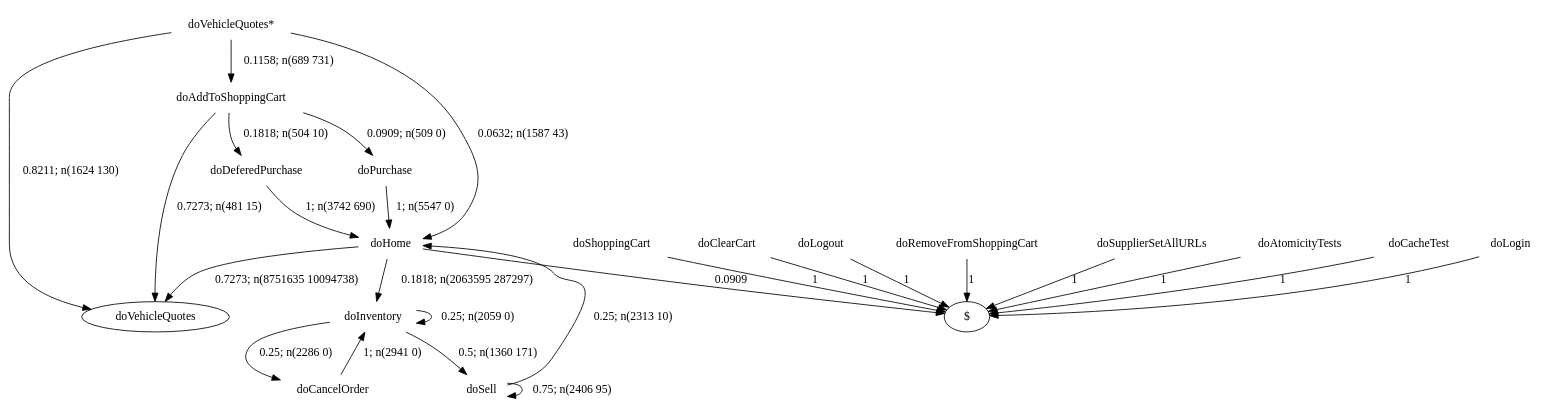
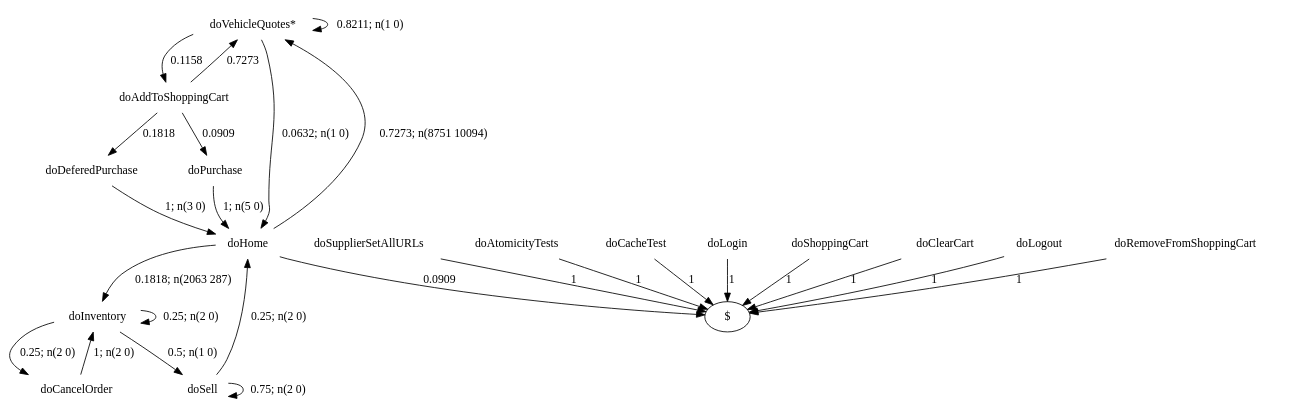
One commit to alperhi/wessbas.behaviorModelExtractor changed the diagram in examples/specj/output/none/graph478.dot. Above: the diagram before and after it, drawn with Graphviz. The commit also changed 545 other files, not shown here.

Commit message:
fixed bug with initial states appearing twice (with and without '*') in a DOT graph; fixed time conversion from nanoseconds to milliseconds (uses TimeUnit now); updated example output and visualizations; removed input sessions with NULL-values from SPECj input folder;

```diff
--- a/examples/specj/output/none/graph478.dot
+++ b/examples/specj/output/none/graph478.dot
@@ -1,43 +1,43 @@
 digraph G {
 "doVehicleQuotes*" [label="doVehicleQuotes*",shape=none];
 "doSupplierSetAllURLs" [label="doSupplierSetAllURLs",shape=none];
 "doAtomicityTests" [label="doAtomicityTests",shape=none];
 "doCacheTest" [label="doCacheTest",shape=none];
 "doLogin" [label="doLogin",shape=none];
 "doAddToShoppingCart" [label="doAddToShoppingCart",shape=none];
 "doDeferedPurchase" [label="doDeferedPurchase",shape=none];
 "doHome" [label="doHome",shape=none];
 "doShoppingCart" [label="doShoppingCart",shape=none];
 "doClearCart" [label="doClearCart",shape=none];
 "doPurchase" [label="doPurchase",shape=none];
 "doInventory" [label="doInventory",shape=none];
 "doSell" [label="doSell",shape=none];
 "doLogout" [label="doLogout",shape=none];
 "doCancelOrder" [label="doCancelOrder",shape=none];
 "doRemoveFromShoppingCart" [label="doRemoveFromShoppingCart",shape=none];
-"doVehicleQuotes*"->"doVehicleQuotes" [style=solid,label="0.8211; n(1624 130)"];
-"doVehicleQuotes*"->"doAddToShoppingCart" [style=solid,label="0.1158; n(689 731)"];
-"doVehicleQuotes*"->"doHome" [style=solid,label="0.0632; n(1587 43)"];
+"doVehicleQuotes*"->"doVehicleQuotes*" [style=solid,label="0.8211; n(1 0)"];
+"doVehicleQuotes*"->"doAddToShoppingCart" [style=solid,label="0.1158"];
+"doVehicleQuotes*"->"doHome" [style=solid,label="0.0632; n(1 0)"];
 "doSupplierSetAllURLs"->"$" [style=solid,label="1"];
 "doAtomicityTests"->"$" [style=solid,label="1"];
 "doCacheTest"->"$" [style=solid,label="1"];
 "doLogin"->"$" [style=solid,label="1"];
-"doAddToShoppingCart"->"doVehicleQuotes" [style=solid,label="0.7273; n(481 15)"];
-"doAddToShoppingCart"->"doDeferedPurchase" [style=solid,label="0.1818; n(504 10)"];
-"doAddToShoppingCart"->"doPurchase" [style=solid,label="0.0909; n(509 0)"];
-"doDeferedPurchase"->"doHome" [style=solid,label="1; n(3742 690)"];
-"doHome"->"doVehicleQuotes" [style=solid,label="0.7273; n(8751635 10094738)"];
-"doHome"->"doInventory" [style=solid,label="0.1818; n(2063595 287297)"];
+"doAddToShoppingCart"->"doVehicleQuotes*" [style=solid,label="0.7273"];
+"doAddToShoppingCart"->"doDeferedPurchase" [style=solid,label="0.1818"];
+"doAddToShoppingCart"->"doPurchase" [style=solid,label="0.0909"];
+"doDeferedPurchase"->"doHome" [style=solid,label="1; n(3 0)"];
+"doHome"->"doVehicleQuotes*" [style=solid,label="0.7273; n(8751 10094)"];
+"doHome"->"doInventory" [style=solid,label="0.1818; n(2063 287)"];
 "doHome"->"$" [style=solid,label="0.0909"];
 "doShoppingCart"->"$" [style=solid,label="1"];
 "doClearCart"->"$" [style=solid,label="1"];
-"doPurchase"->"doHome" [style=solid,label="1; n(5547 0)"];
-"doInventory"->"doInventory" [style=solid,label="0.25; n(2059 0)"];
-"doInventory"->"doSell" [style=solid,label="0.5; n(1360 171)"];
-"doInventory"->"doCancelOrder" [style=solid,label="0.25; n(2286 0)"];
-"doSell"->"doHome" [style=solid,label="0.25; n(2313 10)"];
-"doSell"->"doSell" [style=solid,label="0.75; n(2406 95)"];
+"doPurchase"->"doHome" [style=solid,label="1; n(5 0)"];
+"doInventory"->"doInventory" [style=solid,label="0.25; n(2 0)"];
+"doInventory"->"doSell" [style=solid,label="0.5; n(1 0)"];
+"doInventory"->"doCancelOrder" [style=solid,label="0.25; n(2 0)"];
+"doSell"->"doHome" [style=solid,label="0.25; n(2 0)"];
+"doSell"->"doSell" [style=solid,label="0.75; n(2 0)"];
 "doLogout"->"$" [style=solid,label="1"];
-"doCancelOrder"->"doInventory" [style=solid,label="1; n(2941 0)"];
+"doCancelOrder"->"doInventory" [style=solid,label="1; n(2 0)"];
 "doRemoveFromShoppingCart"->"$" [style=solid,label="1"];
 }
```
